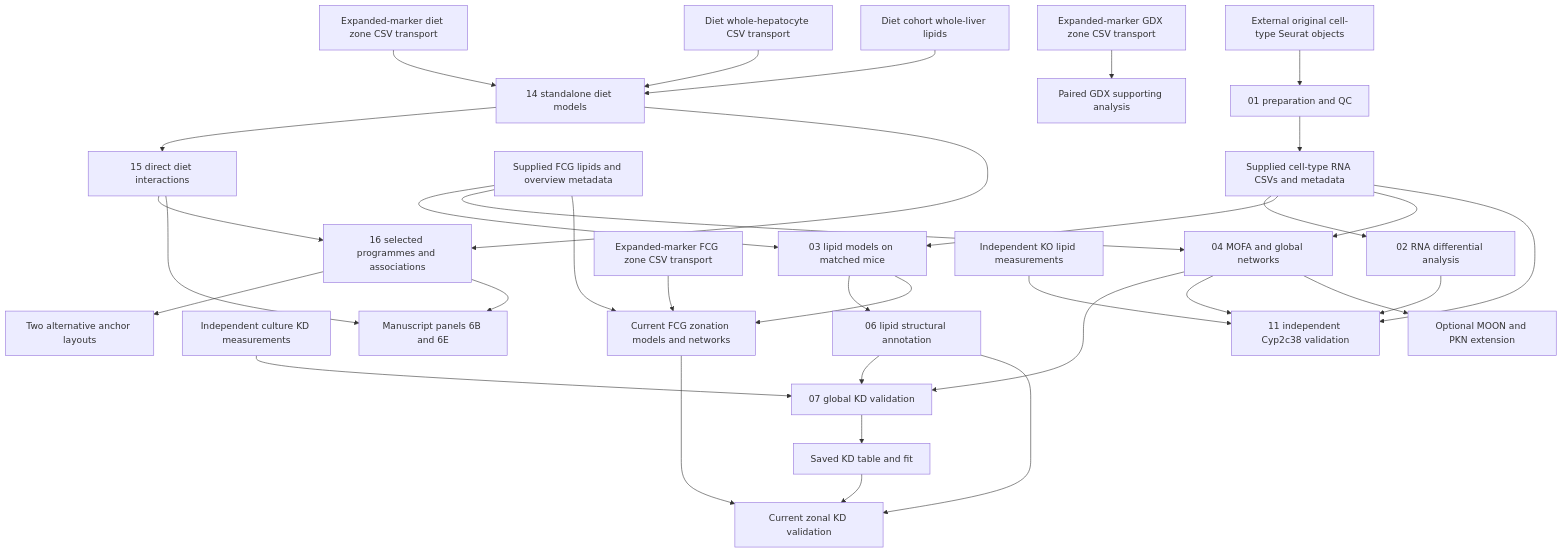
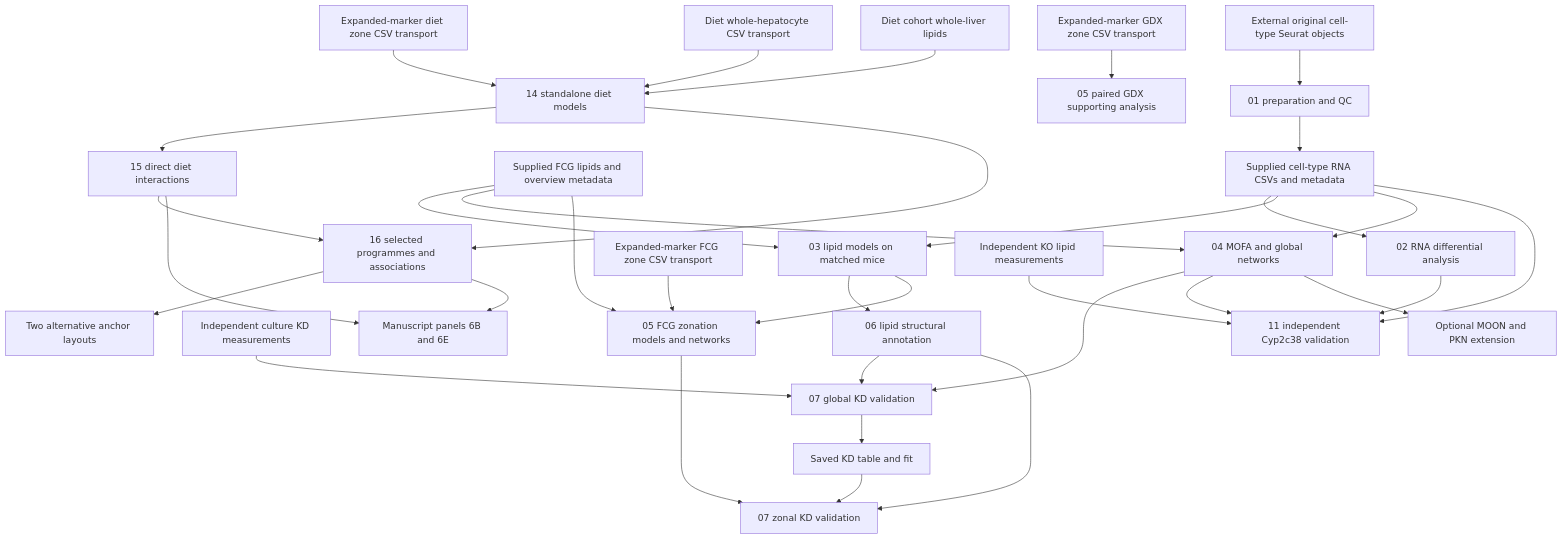
One commit to saezlab/gonads_snRNAseq_and_lipidomics_analysis_refactored changed the first of 2 diagrams in PIPELINE.md. Above: the diagram before and after it, drawn with Mermaid. The commit also changed other lines of this file and 26 other files, not shown here.

First line of the commit message:
Make expanded-marker zonation the default

````diff
--- a/PIPELINE.md
+++ b/PIPELINE.md
@@ -13,36 +13,36 @@
 ```mermaid
 flowchart TD
   RAW[External original cell-type Seurat objects] --> W01[01 preparation and QC]
   W01 --> RNA[Supplied cell-type RNA CSVs and metadata]
   RNA --> W02[02 RNA differential analysis]
   RNA --> W03[03 lipid models on matched mice]
   LIP[Supplied FCG lipids and overview metadata] --> W03
   RNA --> W04[04 MOFA and global networks]
   LIP --> W04
   W03 --> W06[06 lipid structural annotation]
   W04 --> GLOBAL[07 global KD validation]
   W06 --> GLOBAL
   KD[Independent culture KD measurements] --> GLOBAL
-  W03 --> FCG[Current FCG zonation models and networks]
+  W03 --> FCG[05 FCG zonation models and networks]
   ZFCG[Expanded-marker FCG zone CSV transport] --> FCG
   LIP --> FCG
-  FCG --> ZKD[Current zonal KD validation]
+  FCG --> ZKD[07 zonal KD validation]
   GLOBAL --> KDFIT[Saved KD table and fit]
   KDFIT --> ZKD
   W06 --> ZKD
-  ZGDX[Expanded-marker GDX zone CSV transport] --> GDX[Paired GDX supporting analysis]
+  ZGDX[Expanded-marker GDX zone CSV transport] --> GDX[05 paired GDX supporting analysis]
   ZDIET[Expanded-marker diet zone CSV transport] --> D14[14 standalone diet models]
   HEP[Diet whole-hepatocyte CSV transport] --> D14
   DLIP[Diet cohort whole-liver lipids] --> D14
   D14 --> D15[15 direct diet interactions]
   D14 --> D16[16 selected programmes and associations]
   D15 --> D16
   D16 --> LAYOUT[Two alternative anchor layouts]
   D15 --> MANUSCRIPT[Manuscript panels 6B and 6E]
   D16 --> MANUSCRIPT
   W04 --> W11[11 independent Cyp2c38 validation]
   RNA --> W11
   W02 --> W11
   KO[Independent KO lipid measurements] --> W11
   W04 --> MOON[Optional MOON and PKN extension]
 ```
````
